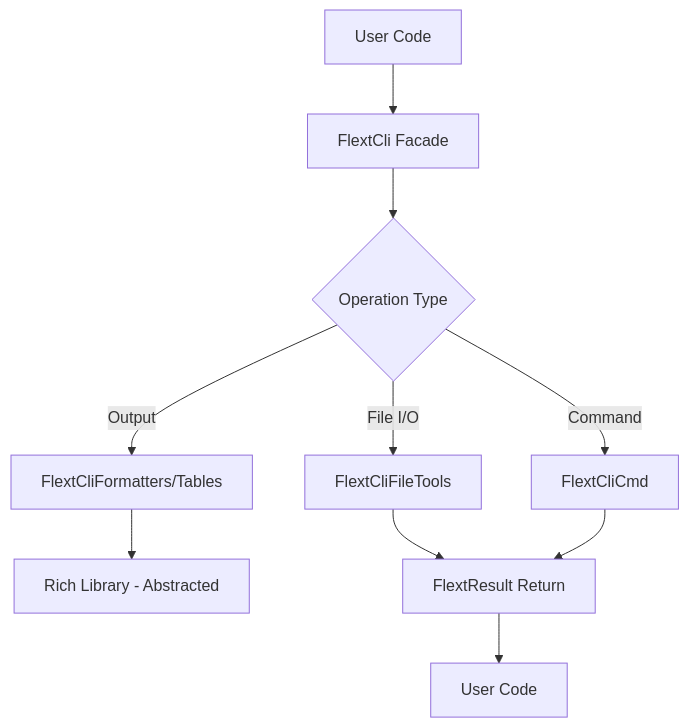
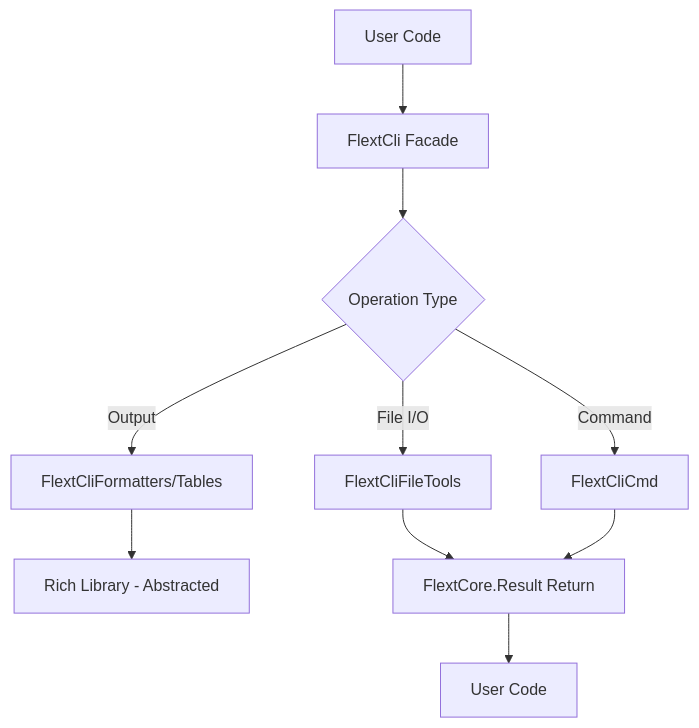
Before and after one commit to flext-sh/flext-cli: the diagram in docs/architecture.md, drawn with Mermaid. The commit also changed other lines of this file and 60 other files, not shown here.

````diff
--- a/docs/architecture.md
+++ b/docs/architecture.md
@@ -130,12 +130,12 @@
 ```mermaid
 graph TD
     A[User Code] --> B[FlextCli Facade]
     B --> C{Operation Type}
     C -->|Output| D[FlextCliFormatters/Tables]
     C -->|File I/O| E[FlextCliFileTools]
     C -->|Command| F[FlextCliCmd]
     D --> G[Rich Library - Abstracted]
-    E --> H[FlextResult Return]
+    E --> H[FlextCore.Result Return]
     F --> H
     H --> I[User Code]
 ```
````
